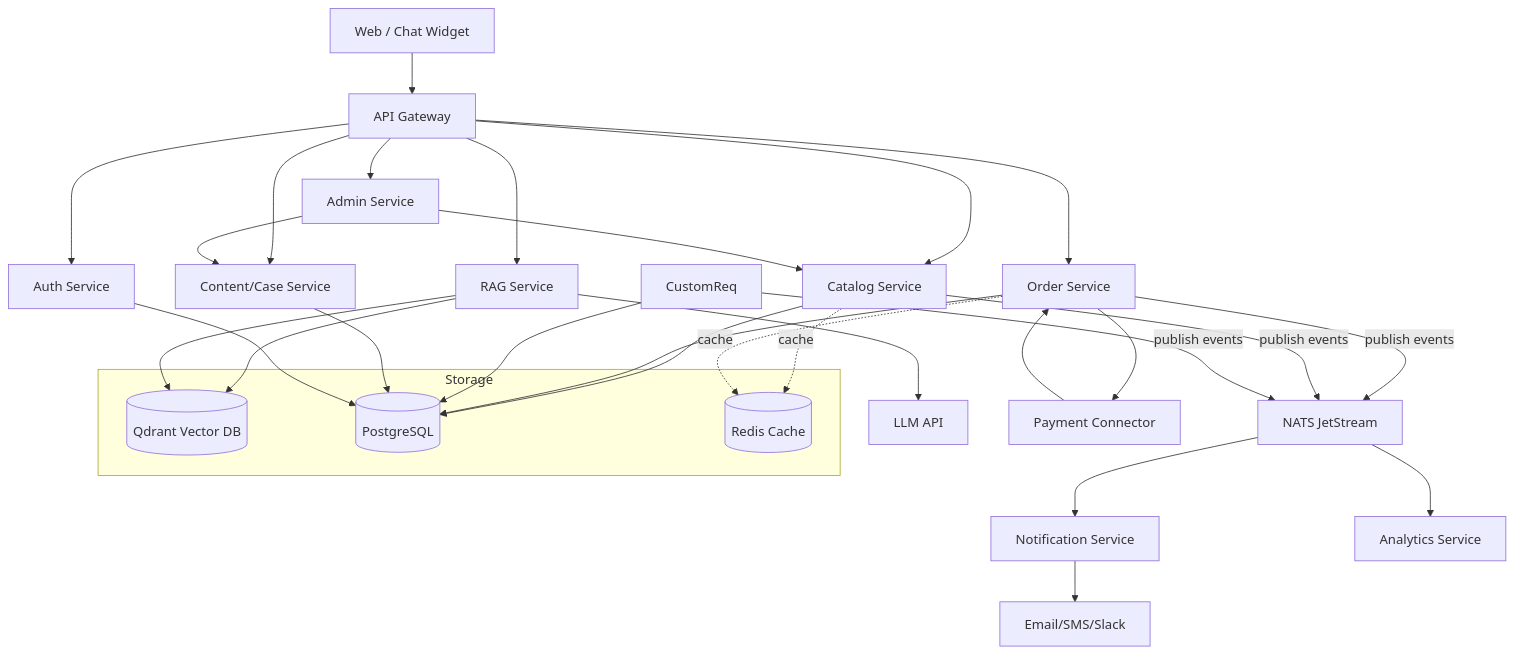
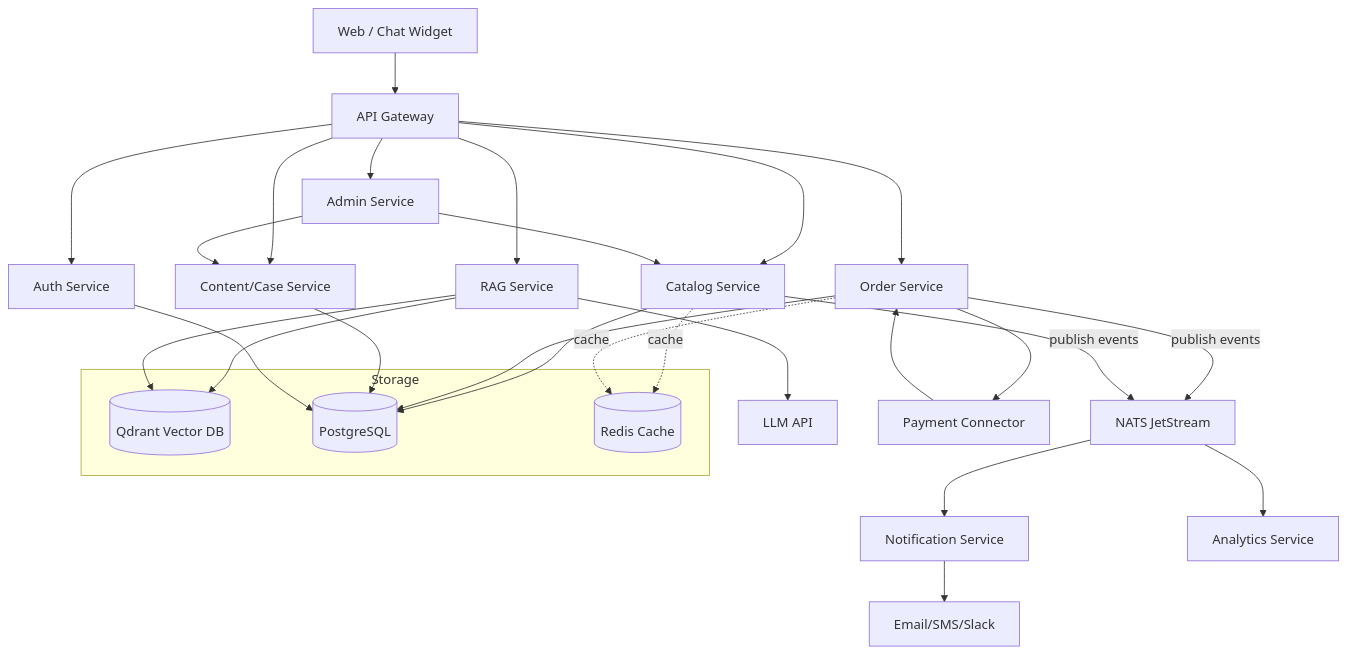
One commit to vizurth/green-b2b changed the diagram in README.md. Above: the diagram before and after it, drawn with Mermaid.

````diff
--- a/README.md
+++ b/README.md
@@ -20,44 +20,42 @@
 ```mermaid
 flowchart TD
     Client[Web / Chat Widget] --> Gateway[API Gateway]
 
     Gateway --> Auth[Auth Service]
     Gateway --> Catalog[Catalog Service]
     Gateway --> Orders[Order Service]
     Gateway --> RAG[RAG Service]
     Gateway --> Content[Content/Case Service]
     Gateway --> Admin[Admin Service]
 
     RAG --> Qdrant[Vector Store]
     RAG --> LLM[LLM API]
 
     Orders -->|publish events| NATS[NATS JetStream]
     Catalog -->|publish events| NATS
-    CustomReq -->|publish events| NATS
 
     NATS --> Notify[Notification Service]
     NATS --> Analytics[Analytics Service]
 
     Orders --> Payment[Payment Connector]
     Payment --> Orders
 
     Notify --> Email[Email/SMS/Slack]
     Admin --> Catalog
     Admin --> Content
 
     subgraph Storage
         Postgres[(PostgreSQL)]
         Redis[(Redis Cache)]
         Qdrant[(Qdrant Vector DB)]
     end
 
     Catalog --> Postgres
     Orders --> Postgres
-    CustomReq --> Postgres
     Content --> Postgres
     Auth --> Postgres
 
     RAG --> Qdrant
     Catalog -. cache .-> Redis
     Orders -. cache .-> Redis
 ```
````
